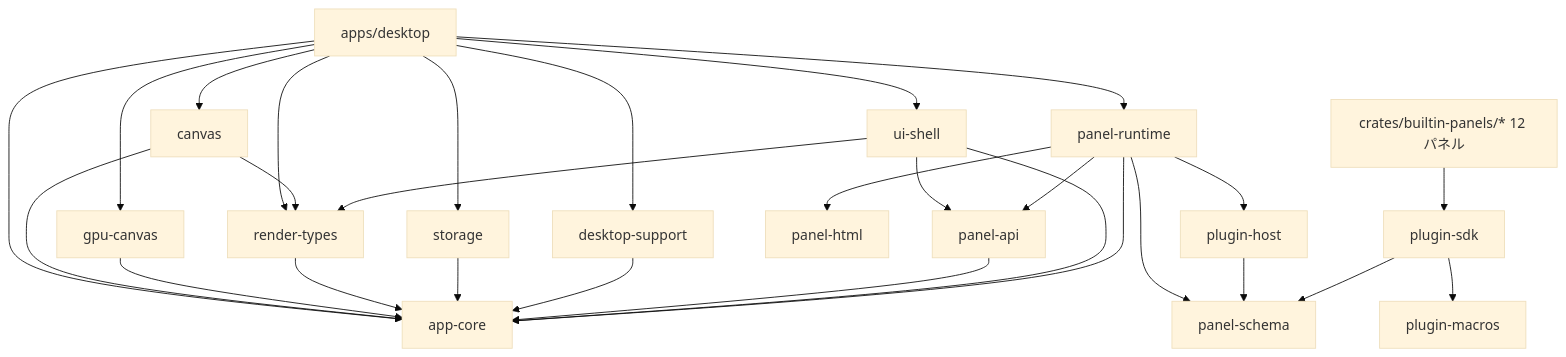
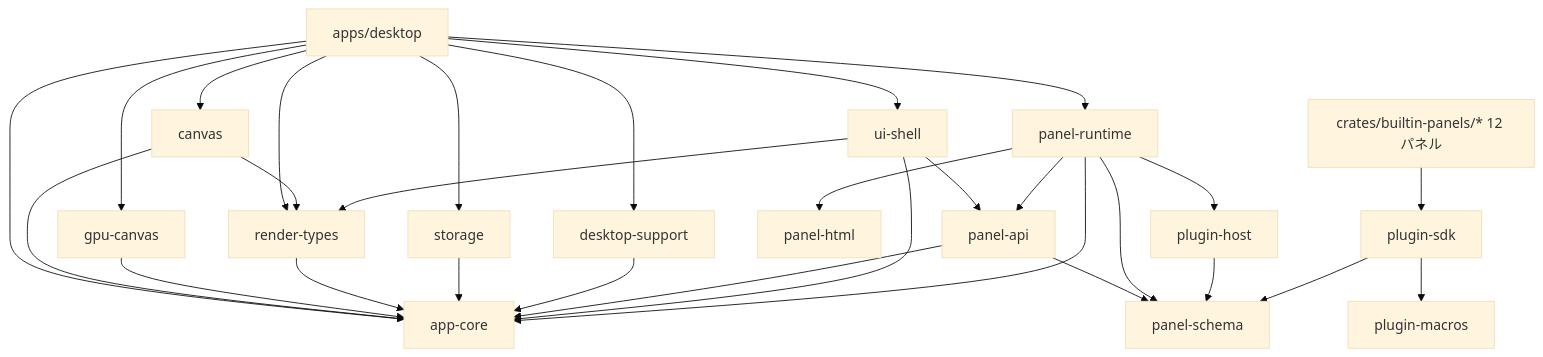
The first of 2 diagrams in docs/MODULE_DEPENDENCIES.md (gitdmnt/altpaint), drawn with Mermaid (base theme) before and after one commit. The commit also changed other lines of this file, not shown here.

````diff
--- a/docs/MODULE_DEPENDENCIES.md
+++ b/docs/MODULE_DEPENDENCIES.md
@@ -77,35 +77,36 @@
 ```mermaid
 graph TD
     desktop[apps/desktop] --> appcore[app-core]
     desktop --> canvas[canvas]
     desktop --> gpucanvas[gpu-canvas]
     desktop --> rendertypes[render-types]
     desktop --> panelruntime[panel-runtime]
     desktop --> uishell[ui-shell]
     desktop --> storage[storage]
     desktop --> dsupport[desktop-support]
 
     canvas --> appcore
     canvas --> rendertypes
     gpucanvas --> appcore
     rendertypes --> appcore
     storage --> appcore
     dsupport --> appcore
     panelapi[panel-api] --> appcore
+    panelapi --> pschema[panel-schema]
 
     uishell --> appcore
     uishell --> panelapi
     uishell --> rendertypes
 
     panelruntime --> appcore
     panelruntime --> panelapi
     panelruntime --> pschema[panel-schema]
     panelruntime --> phost[plugin-host]
     panelruntime --> phtml[panel-html]
 
     phost --> pschema
     pluginsdk[plugin-sdk] --> pmacros[plugin-macros]
     pluginsdk --> pschema
 
     panels[crates/builtin-panels/* 12 パネル] --> pluginsdk
 ```
````
